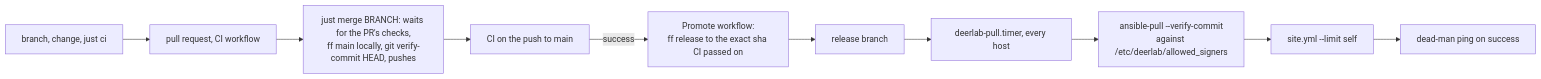
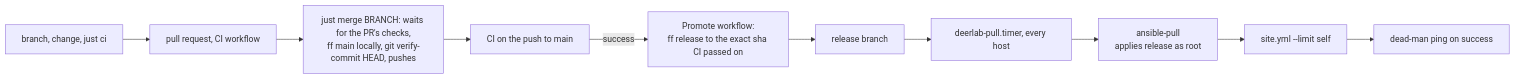
The second of 4 diagrams in docs/runbook.md (aryonoco/deerlab), drawn with Mermaid before and after one commit. The commit also changed other lines of this file and 8 other files, not shown here.

First line of the commit message:
base_pull: apply release without checking its signature

````diff
--- a/docs/runbook.md
+++ b/docs/runbook.md
@@ -119,12 +118,12 @@
 ```mermaid
 flowchart LR
   b["branch, change, just ci"] --> pr["pull request, CI workflow"]
   pr --> m["just merge BRANCH: waits for the PR's checks,<br/>ff main locally, git verify-commit HEAD, pushes"]
   m --> ci["CI on the push to main"]
   ci -->|"success"| pm["Promote workflow:<br/>ff release to the exact sha CI passed on"]
   pm --> rel["release branch"]
   rel --> t["deerlab-pull.timer, every host"]
-  t --> ap["ansible-pull --verify-commit<br/>against /etc/deerlab/allowed_signers"]
+  t --> ap["ansible-pull<br/>applies release as root"]
   ap --> site["site.yml --limit self"]
   site --> dm["dead-man ping on success"]
 ```
````
